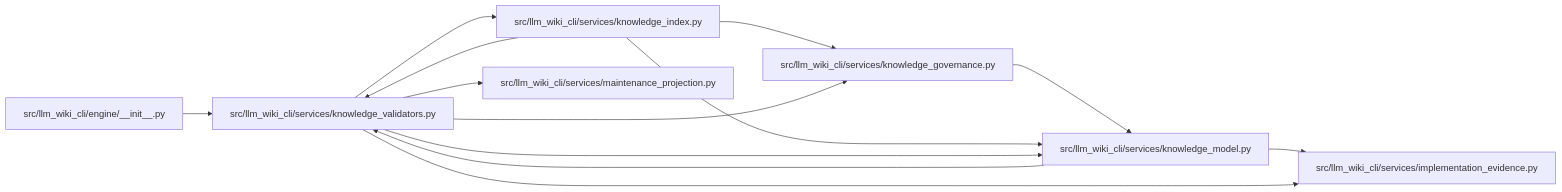
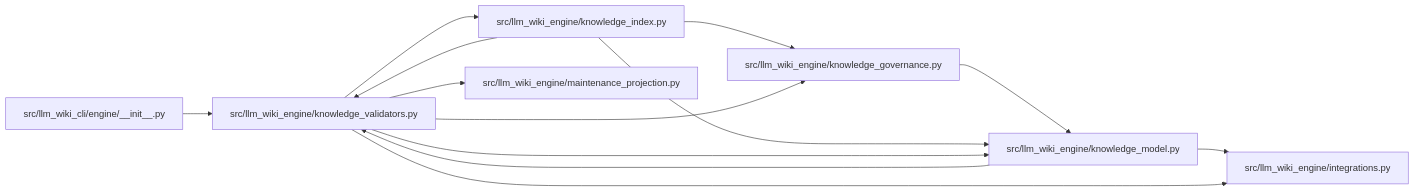
The diagram in docs/llm_wiki/modules/knowledge_validators.md (Denissvgn/python-wiki-llm), drawn with Mermaid before and after one commit. The commit also changed other lines of this file and 1058 other files, not shown here.

First line of the commit message:
docs: refresh the wiki for the knowledge store move

````diff
--- a/docs/llm_wiki/modules/knowledge_validators.md
+++ b/docs/llm_wiki/modules/knowledge_validators.md
@@ -46,29 +46,29 @@
 ```mermaid
 flowchart LR
     n0["src/llm_wiki_cli/engine/__init__.py"]
-    n1["src/llm_wiki_cli/services/implementation_evidence.py"]
-    n2["src/llm_wiki_cli/services/knowledge_governance.py"]
-    n3["src/llm_wiki_cli/services/knowledge_index.py"]
-    n4["src/llm_wiki_cli/services/knowledge_model.py"]
-    n5["src/llm_wiki_cli/services/knowledge_validators.py"]
-    n6["src/llm_wiki_cli/services/maintenance_projection.py"]
+    n1["src/llm_wiki_engine/integrations.py"]
+    n2["src/llm_wiki_engine/knowledge_governance.py"]
+    n3["src/llm_wiki_engine/knowledge_index.py"]
+    n4["src/llm_wiki_engine/knowledge_model.py"]
+    n5["src/llm_wiki_engine/knowledge_validators.py"]
+    n6["src/llm_wiki_engine/maintenance_projection.py"]
     n0 --> n5
     n2 --> n4
     n3 --> n2
     n3 --> n4
     n3 --> n5
     n4 --> n1
     n4 --> n5
     n5 --> n1
     n5 --> n2
     n5 --> n3
     n5 --> n4
     n5 --> n6
     click n0 "../modules/engine___init__.md"
-    click n1 "../modules/implementation_evidence.md"
+    click n1 "../modules/integrations.md"
     click n2 "../modules/knowledge_governance.md"
     click n3 "../modules/knowledge_index.md"
     click n4 "../modules/knowledge_model.md"
     click n5 "../modules/knowledge_validators.md"
     click n6 "../modules/maintenance_projection.md"
 ```
````
